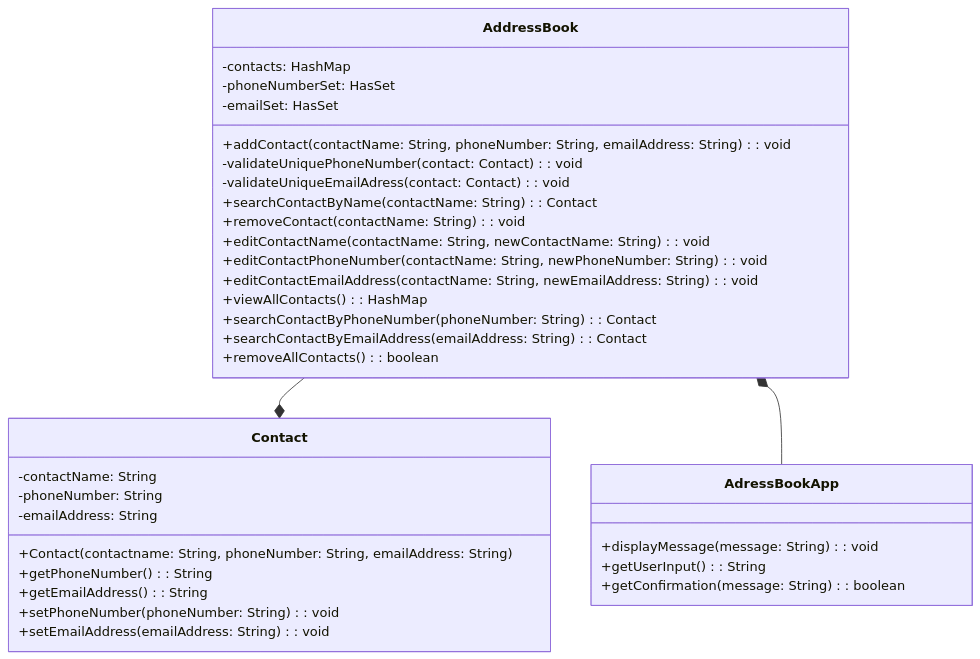
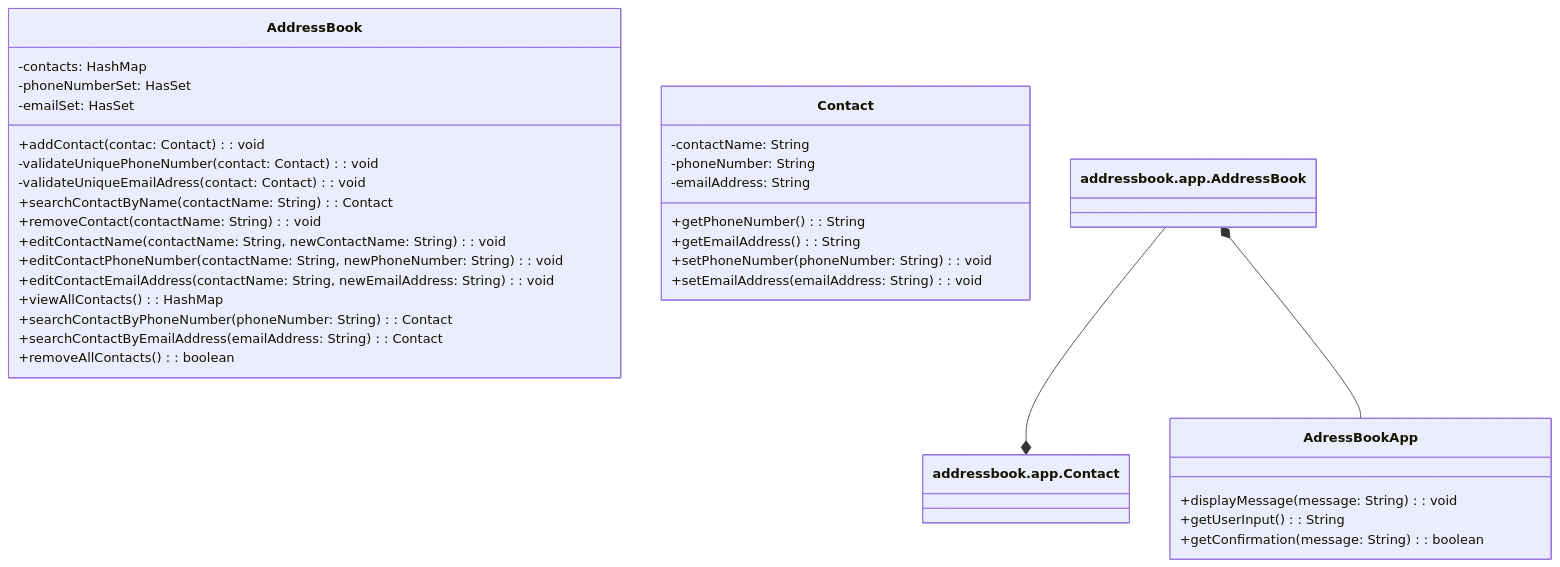
One commit to Cristina-Pat/address-book changed the diagram in docs/domain-models-test-plan.md. Above: the diagram before and after it, drawn with Mermaid. The commit also changed 10 other files, not shown here.

````diff
--- a/docs/domain-models-test-plan.md
+++ b/docs/domain-models-test-plan.md
@@ -60,44 +60,43 @@
 ``` mermaid
 classDiagram
   class AddressBook {
     %% these are the core features
     -contacts: HashMap<String, Contact> 
     -phoneNumberSet: HasSet<String>
     -emailSet: HasSet<String>
-    +addContact(contactName: String, phoneNumber: String, emailAddress: String): void
+    +addContact(contac: Contact): void
     -validateUniquePhoneNumber(contact: Contact): void
     -validateUniqueEmailAdress(contact: Contact): void
     +searchContactByName(contactName: String): Contact
     +removeContact(contactName: String): void
     +editContactName(contactName: String, newContactName: String): void
     +editContactPhoneNumber(contactName: String, newPhoneNumber: String): void
     +editContactEmailAddress(contactName: String, newEmailAddress: String): void
     +viewAllContacts(): HashMap<String, Contact>
     %% these are the aditional features
     +searchContactByPhoneNumber(phoneNumber: String): Contact
     +searchContactByEmailAddress(emailAddress: String): Contact
     +removeAllContacts(): boolean
   }
 
   class Contact {
     -contactName: String
     -phoneNumber: String
     -emailAddress: String
-    +Contact(contactname: String, phoneNumber: String, emailAddress: String)
     +getPhoneNumber(): String
     +getEmailAddress(): String
     +setPhoneNumber(phoneNumber: String): void
     +setEmailAddress(emailAddress: String): void
   }
 
 
   class AdressBookApp {
     +displayMessage(message: String): void
     +getUserInput(): String
     %% This is a part of the aditional features
     +getConfirmation(message: String): boolean
   }
 
-  AddressBook --* Contact
-  AddressBook *-- AdressBookApp
+  addressbook.app.AddressBook --* addressbook.app.Contact
+  addressbook.app.AddressBook *-- AdressBookApp
 ```
````
